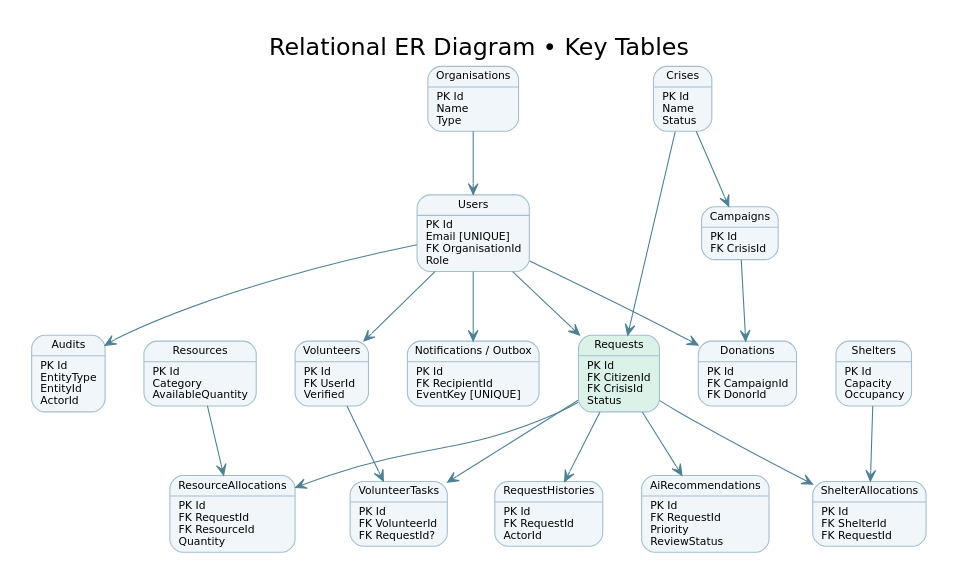
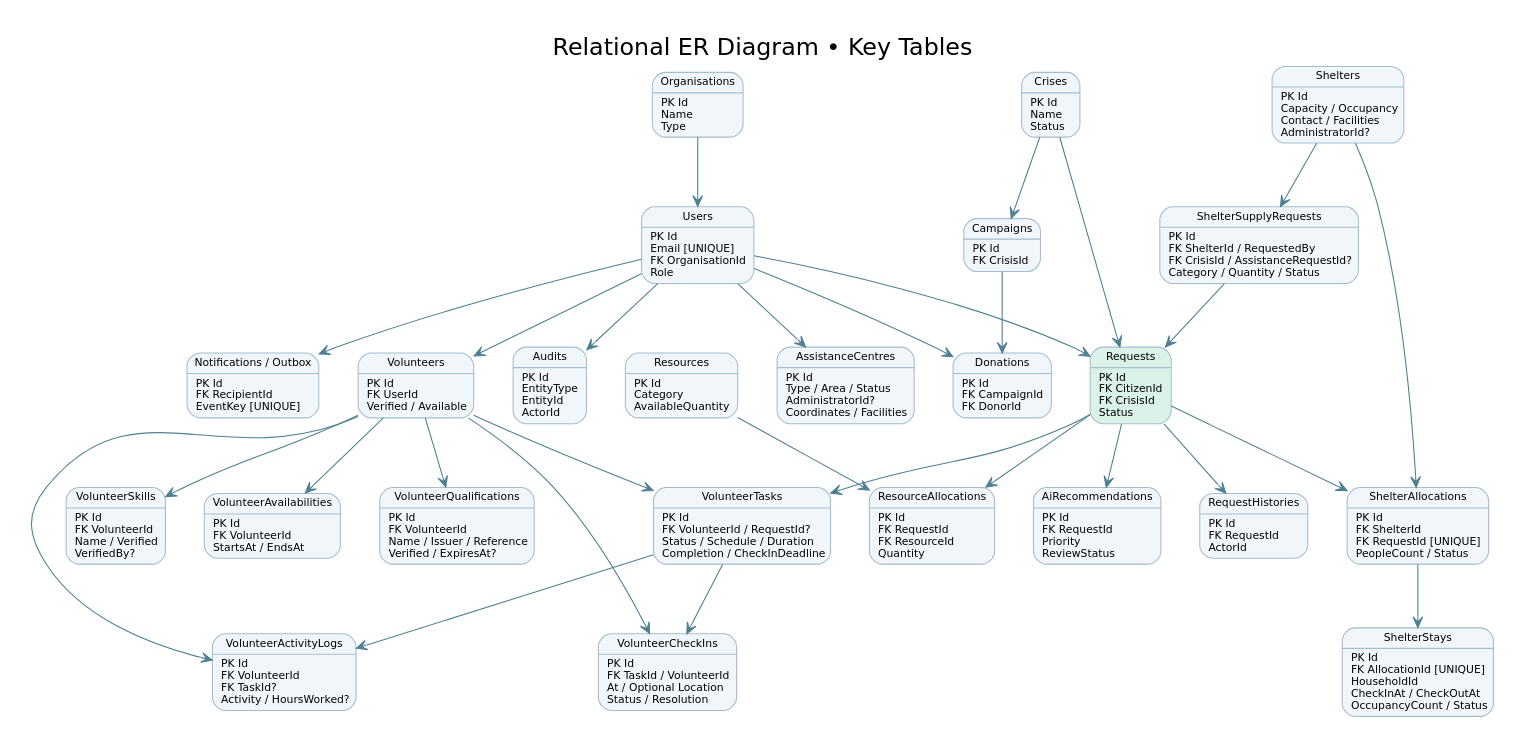
One commit to pdchamodiwya/Crisis-Aid-Platform changed the diagram in diagrams/04_er.dot. Above: the diagram before and after it, drawn with Graphviz. The commit also changed 1 other file, not shown here.

Commit message:
Update class and ER diagrams for shelter and volunteer entities

```diff
--- a/diagrams/04_er.dot
+++ b/diagrams/04_er.dot
@@ -1,22 +1,32 @@
 digraph ER {
  graph [label="Relational ER Diagram • Key Tables",fontname="DejaVu Sans",labelloc=t,fontsize=22,ranksep=.8,nodesep=.5,pad=.3];
  node [shape=record,style="rounded,filled",fillcolor="#f1f6fa",color="#a4becd",fontname="DejaVu Sans",fontsize=10];edge [color="#4e8092",arrowhead=vee,fontsize=10];
  org [label="{Organisations|PK Id\lName\lType\l}"];
  users [label="{Users|PK Id\lEmail [UNIQUE]\lFK OrganisationId\lRole\l}"];
  crises [label="{Crises|PK Id\lName\lStatus\l}"];
  req [label="{Requests|PK Id\lFK CitizenId\lFK CrisisId\lStatus\l}",fillcolor="#dbf2e9"];
  rec [label="{AiRecommendations|PK Id\lFK RequestId\lPriority\lReviewStatus\l}"];
  hist [label="{RequestHistories|PK Id\lFK RequestId\lActorId\l}"];
  stock [label="{Resources|PK Id\lCategory\lAvailableQuantity\l}"];
  alloc [label="{ResourceAllocations|PK Id\lFK RequestId\lFK ResourceId\lQuantity\l}"];
- shelter [label="{Shelters|PK Id\lCapacity\lOccupancy\l}"];
- spot [label="{ShelterAllocations|PK Id\lFK ShelterId\lFK RequestId\l}"];
- vol [label="{Volunteers|PK Id\lFK UserId\lVerified\l}"];
- task [label="{VolunteerTasks|PK Id\lFK VolunteerId\lFK RequestId?\l}"];
+ shelter [label="{Shelters|PK Id\lCapacity / Occupancy\lContact / Facilities\lAdministratorId?\l}"];
+ spot [label="{ShelterAllocations|PK Id\lFK ShelterId\lFK RequestId [UNIQUE]\lPeopleCount / Status\l}"];
+ stay [label="{ShelterStays|PK Id\lFK AllocationId [UNIQUE]\lHouseholdId\lCheckInAt / CheckOutAt\lOccupancyCount / Status\l}"];
+ centre [label="{AssistanceCentres|PK Id\lType / Area / Status\lAdministratorId?\lCoordinates / Facilities\l}"];
+ supply [label="{ShelterSupplyRequests|PK Id\lFK ShelterId / RequestedBy\lFK CrisisId / AssistanceRequestId?\lCategory / Quantity / Status\l}"];
+ vol [label="{Volunteers|PK Id\lFK UserId\lVerified / Available\l}"];
+ skill [label="{VolunteerSkills|PK Id\lFK VolunteerId\lName / Verified\lVerifiedBy?\l}"];
+ availability [label="{VolunteerAvailabilities|PK Id\lFK VolunteerId\lStartsAt / EndsAt\l}"];
+ qualification [label="{VolunteerQualifications|PK Id\lFK VolunteerId\lName / Issuer / Reference\lVerified / ExpiresAt?\l}"];
+ activity [label="{VolunteerActivityLogs|PK Id\lFK VolunteerId\lFK TaskId?\lActivity / HoursWorked?\l}"];
+ checkin [label="{VolunteerCheckIns|PK Id\lFK TaskId / VolunteerId\lAt / Optional Location\lStatus / Resolution\l}"];
+ task [label="{VolunteerTasks|PK Id\lFK VolunteerId / RequestId?\lStatus / Schedule / Duration\lCompletion / CheckInDeadline\l}"];
  campaign [label="{Campaigns|PK Id\lFK CrisisId\l}"];
  donor [label="{Donations|PK Id\lFK CampaignId\lFK DonorId\l}"];
  notices [label="{Notifications / Outbox|PK Id\lFK RecipientId\lEventKey [UNIQUE]\l}"];
  audit [label="{Audits|PK Id\lEntityType\lEntityId\lActorId\l}"];
- org->users; users->req; crises->req; req->{rec hist alloc spot task}; stock->alloc; shelter->spot; users->vol; vol->task;
+ org->users; users->req; crises->req;  req->{rec hist alloc spot task}; stock->alloc; shelter->spot; spot->stay;
+ shelter->supply; supply->req; users->vol; users->centre; vol->{skill availability qualification task activity checkin};
+ task->{activity checkin};
  crises->campaign; campaign->donor; users->donor;users->notices;users->audit;
 }
```
